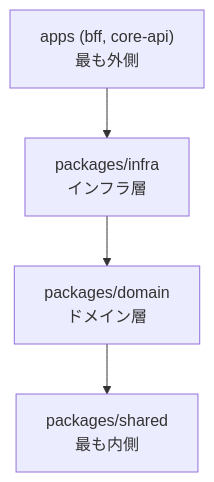
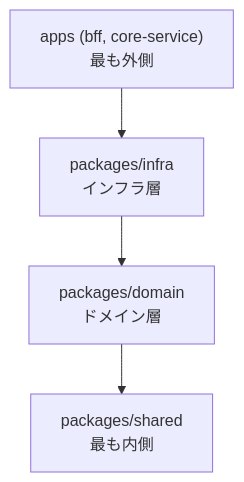
One commit to ka2kama/ringiflow changed the fourth of 4 diagrams in docs/06_技術ノート/Cargoワークスペース.md. Above: the diagram before and after it, drawn with Mermaid. The commit also changed other lines of this file and 55 other files, not shown here.

````diff
--- a/docs/06_技術ノート/Cargoワークスペース.md
+++ b/docs/06_技術ノート/Cargoワークスペース.md
@@ -191,11 +191,11 @@
 ```mermaid
 flowchart TB
-    Apps["apps (bff, core-api)<br/>最も外側"]
+    Apps["apps (bff, core-service)<br/>最も外側"]
     Infra["packages/infra<br/>インフラ層"]
     Domain["packages/domain<br/>ドメイン層"]
     Shared["packages/shared<br/>最も内側"]
 
     Apps --> Infra
     Infra --> Domain
     Domain --> Shared
 ```
````
